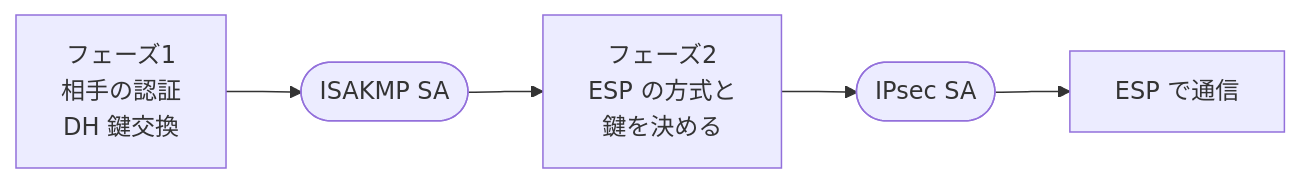
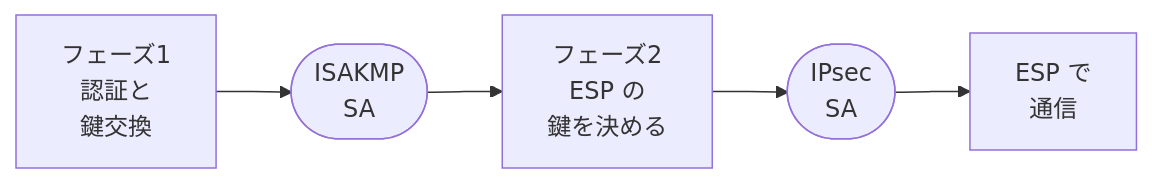
One commit to nnnaanaa/document changed the third of 4 diagrams in network/wan-vpn/ipsec.md. Above: the diagram before and after it, drawn with Mermaid. The commit also changed other lines of this file and 2 other files, not shown here.

Commit message:
IPsec・VRRP・マルチキャスト暗記シートの図の横幅を詰める

````diff
--- a/network/wan-vpn/ipsec.md
+++ b/network/wan-vpn/ipsec.md
@@ -94,7 +94,7 @@
 ```mermaid
 flowchart LR
-  P1["フェーズ1<br>相手の認証<br>DH 鍵交換"] --> S1(["ISAKMP SA"])
-  S1 --> P2["フェーズ2<br>ESP の方式と<br>鍵を決める"]
-  P2 --> S2(["IPsec SA"])
-  S2 --> E["ESP で通信"]
+  P1["フェーズ1<br>認証と<br>鍵交換"] --> S1(["ISAKMP<br>SA"])
+  S1 --> P2["フェーズ2<br>ESP の<br>鍵を決める"]
+  P2 --> S2(["IPsec<br>SA"])
+  S2 --> E["ESP で<br>通信"]
 ```
````
